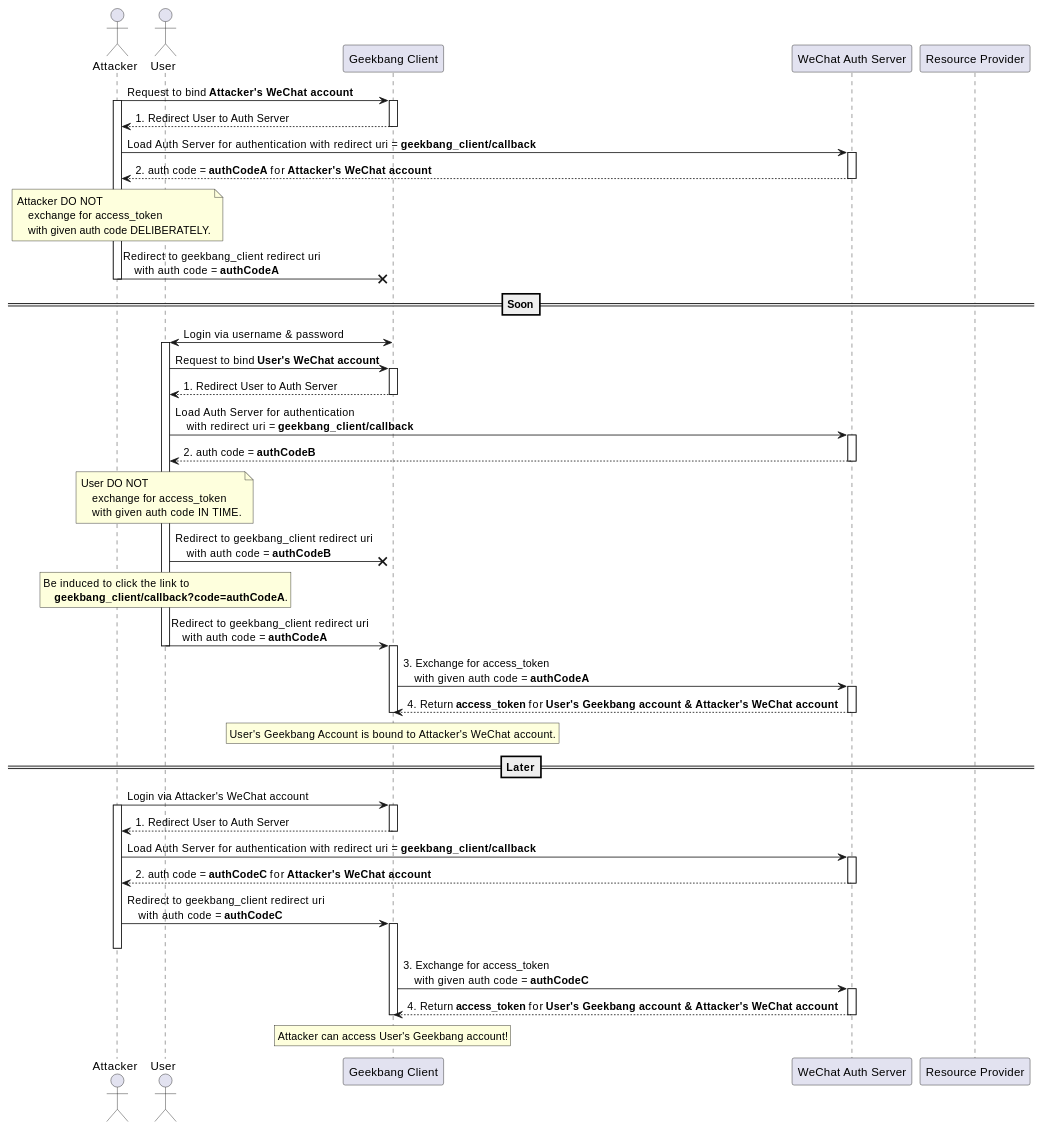
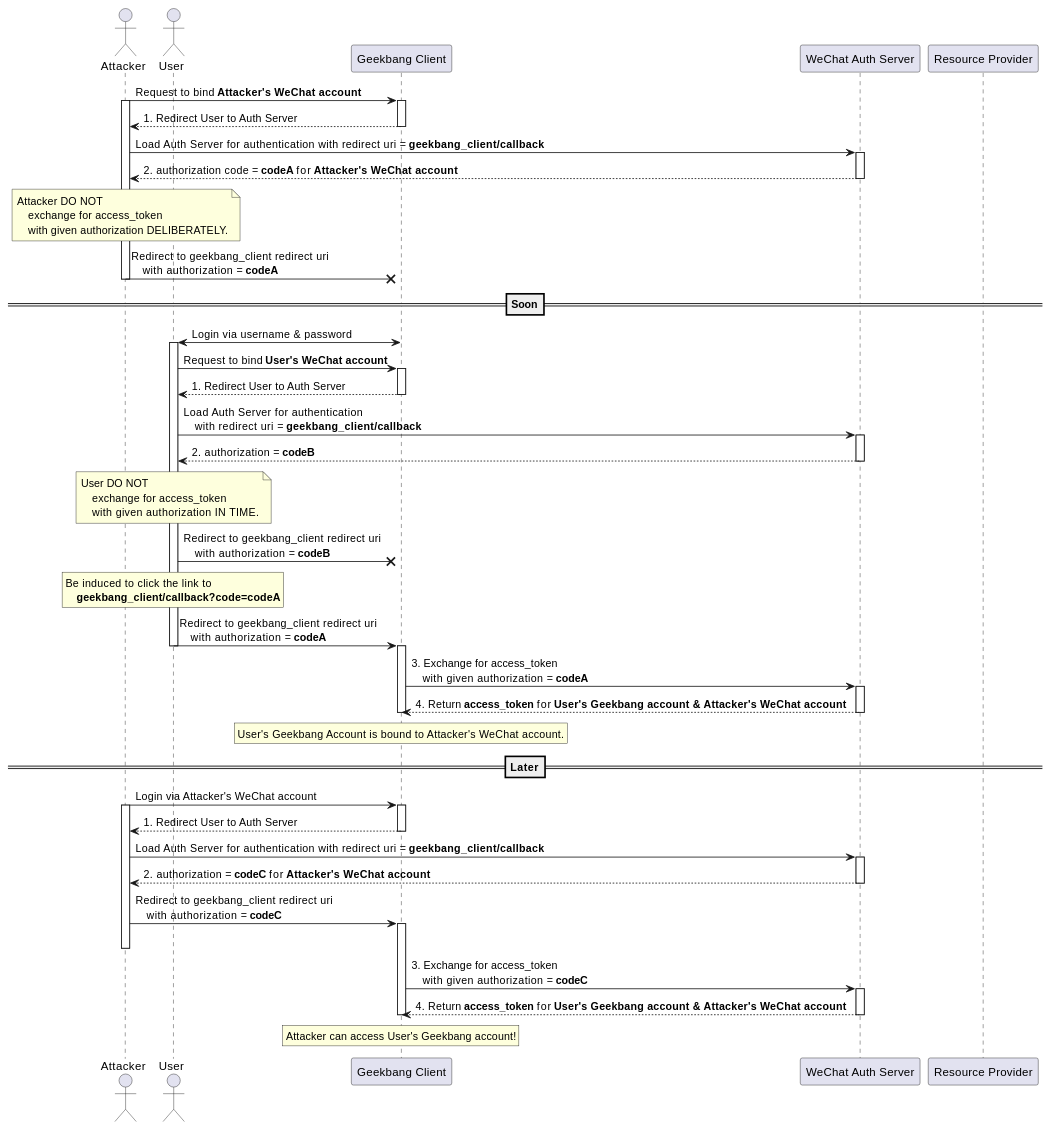
Before and after one commit to IceHe/lib: the first of 2 diagrams in auth/csrf-attack-on-oauth.md, drawn with PlantUML. The commit also changed other lines of this file, not shown here.

Commit message:
2021-11-04 20:09:37 Thu

```diff
--- a/auth/csrf-attack-on-oauth.md
+++ b/auth/csrf-attack-on-oauth.md
@@ -22,16 +22,16 @@
 
 attacker -> auth_serv: Load Auth Server for authentication with redirect uri = **geekbang_client/callback**
 activate auth_serv
-attacker <-- auth_serv: 2. auth code = **authCodeA** for **Attacker's WeChat account**
+attacker <-- auth_serv: 2. authorization code = **codeA** for **Attacker's WeChat account**
 deactivate auth_serv
 
 note over attacker
     Attacker DO NOT
         exchange for access_token
-        with given auth code DELIBERATELY.
+        with given authorization DELIBERATELY.
 endrnote
 
-attacker -x geekbang_client: Redirect to geekbang_client redirect uri \n    with auth code = **authCodeA**
+attacker -x geekbang_client: Redirect to geekbang_client redirect uri \n    with authorization = **codeA**
 deactivate attacker
 
 ==Soon==
@@ -45,27 +45,27 @@
 
 user -> auth_serv: Load Auth Server for authentication \n    with redirect uri = **geekbang_client/callback**
 activate auth_serv
-user <-- auth_serv: 2. auth code = **authCodeB**
+user <-- auth_serv: 2. authorization = **codeB**
 deactivate auth_serv
 
 note over user
     User DO NOT
         exchange for access_token
-        with given auth code IN TIME.
+        with given authorization IN TIME.
 endrnote
 
-user -x geekbang_client: Redirect to geekbang_client redirect uri \n    with auth code = **authCodeB**
+user -x geekbang_client: Redirect to geekbang_client redirect uri \n    with authorization = **codeB**
 
 rnote over user
     Be induced to click the link to
-        **geekbang_client/callback?code=authCodeA**.
+        **geekbang_client/callback?code=codeA**
 endrnote
 
-user -> geekbang_client: Redirect to geekbang_client redirect uri \n    with auth code = **authCodeA**
+user -> geekbang_client: Redirect to geekbang_client redirect uri \n    with authorization = **codeA**
 deactivate user
 activate geekbang_client
 
-geekbang_client -> auth_serv: 3. Exchange for access_token \n    with given auth code = **authCodeA**
+geekbang_client -> auth_serv: 3. Exchange for access_token \n    with given authorization = **codeA**
 activate auth_serv
 geekbang_client <-- auth_serv: 4. Return **access_token** for **User's Geekbang account & Attacker's WeChat account**
 deactivate auth_serv
@@ -85,14 +85,14 @@
 
 attacker -> auth_serv: Load Auth Server for authentication with redirect uri = **geekbang_client/callback**
 activate auth_serv
-attacker <-- auth_serv: 2. auth code = **authCodeC** for **Attacker's WeChat account**
+attacker <-- auth_serv: 2. authorization = **codeC** for **Attacker's WeChat account**
 deactivate auth_serv
 
-attacker -> geekbang_client: Redirect to geekbang_client redirect uri \n    with auth code = **authCodeC**
+attacker -> geekbang_client: Redirect to geekbang_client redirect uri \n    with authorization = **codeC**
 activate geekbang_client
 deactivate attacker
 
-geekbang_client -> auth_serv: 3. Exchange for access_token \n    with given auth code = **authCodeC**
+geekbang_client -> auth_serv: 3. Exchange for access_token \n    with given authorization = **codeC**
 activate auth_serv
 geekbang_client <-- auth_serv: 4. Return **access_token** for **User's Geekbang account & Attacker's WeChat account**
 deactivate auth_serv
```
